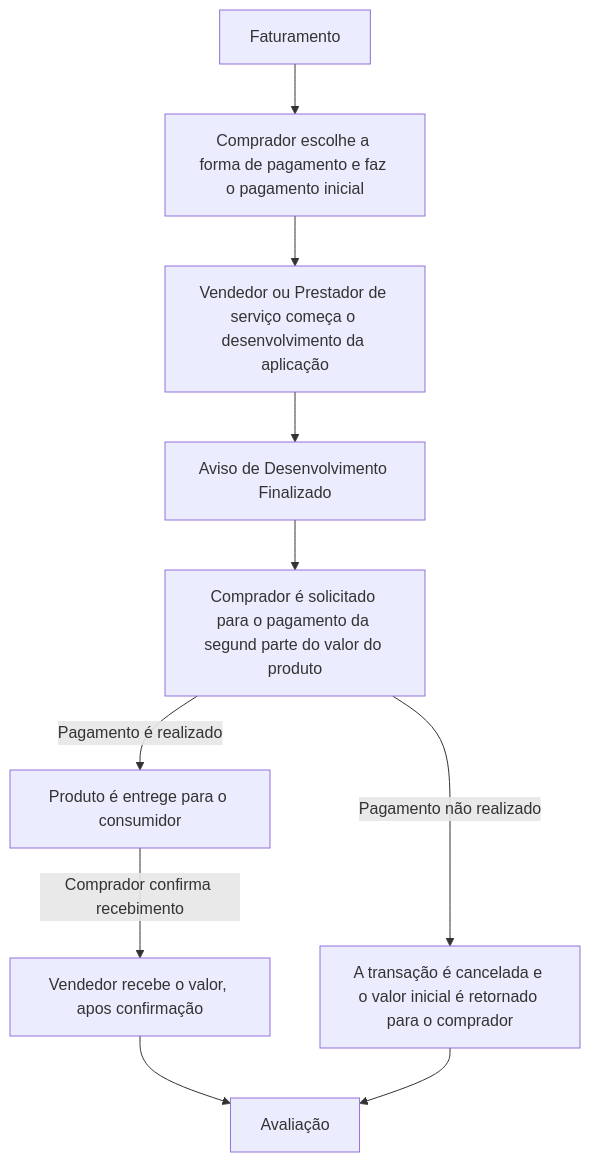
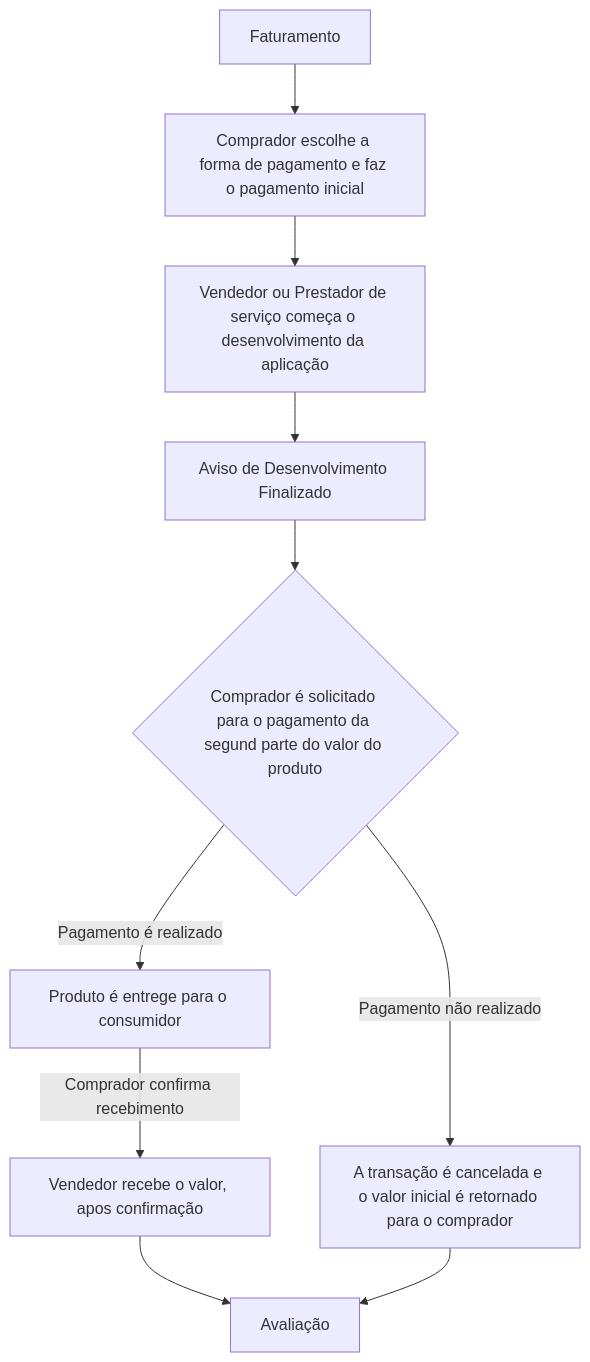
One commit to giovanni1351/EngenhariaDeSoftwareProjeto changed the second of 6 diagrams in Lab/Lab1.md. Above: the diagram before and after it, drawn with Mermaid. The commit also changed other lines of this file, not shown here.

````diff
--- a/Lab/Lab1.md
+++ b/Lab/Lab1.md
@@ -79,13 +79,13 @@
 ```mermaid
 graph TD;
 
     Fat[Faturamento]-->PagamentoInicial[Comprador escolhe a forma de pagamento e faz o pagamento inicial]
     PagamentoInicial --> InicioDoDesenvolvimento[Vendedor ou Prestador de serviço começa o desenvolvimento da aplicação]
     InicioDoDesenvolvimento--> FimDoDev[Aviso de Desenvolvimento Finalizado]
-    FimDoDev --> SolcitacaoPagamentoParte2[Comprador é solicitado para o pagamento da segund parte do valor do produto]
+    FimDoDev --> SolcitacaoPagamentoParte2{Comprador é solicitado para o pagamento da segund parte do valor do produto}
     SolcitacaoPagamentoParte2 --> |Pagamento é realizado|EntregaProd[Produto é entrege para o consumidor]
     SolcitacaoPagamentoParte2 -->|Pagamento não realizado| CancelamentoPorNaoPagamento[ A transação é cancelada e o valor inicial é retornado para o comprador]
     EntregaProd -->|Comprador confirma recebimento| PagamentoAoVendedor[Vendedor recebe o valor, apos confirmação]
     PagamentoAoVendedor--> Avaliacao[Avaliação]
     CancelamentoPorNaoPagamento --> Avaliacao
 ```
````
